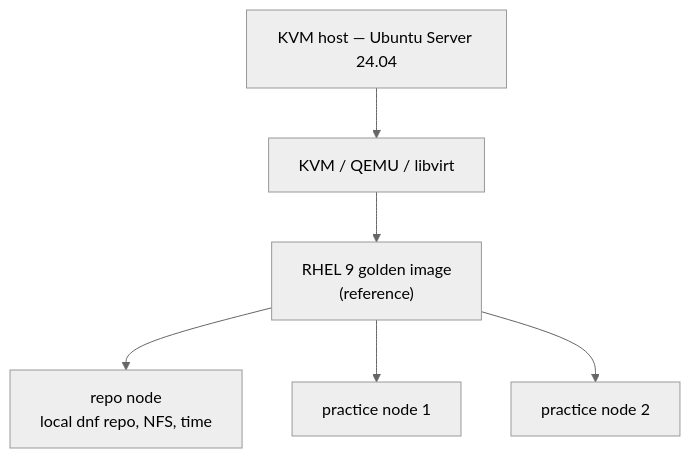
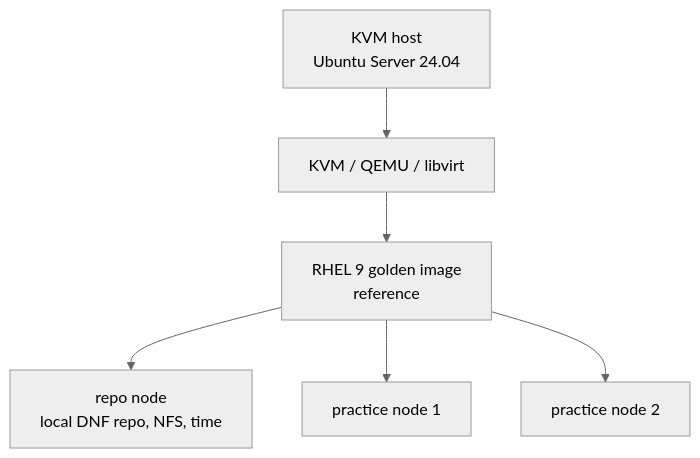
One commit to lxrider/linux-platform-engineering changed the first of 2 diagrams in ARCHITECTURE.md. Above: the diagram before and after it, drawn with Mermaid (neutral theme). The commit also changed other lines of this file, not shown here.

First line of the commit message:
Revise architecture documentation for better clarity

````diff
--- a/ARCHITECTURE.md
+++ b/ARCHITECTURE.md
@@ -29,8 +43,8 @@
 ```mermaid
 graph TD
-    H["KVM host — Ubuntu Server 24.04"] --> V["KVM / QEMU / libvirt"]
-    V --> G["RHEL 9 golden image<br/>(reference)"]
-    G --> R["repo node<br/>local dnf repo, NFS, time"]
+    H["KVM host<br/>Ubuntu Server 24.04"] --> V["KVM / QEMU / libvirt"]
+    V --> G["RHEL 9 golden image<br/>reference"]
+    G --> R["repo node<br/>local DNF repo, NFS, time"]
     G --> N1["practice node 1"]
     G --> N2["practice node 2"]
 ```
````
